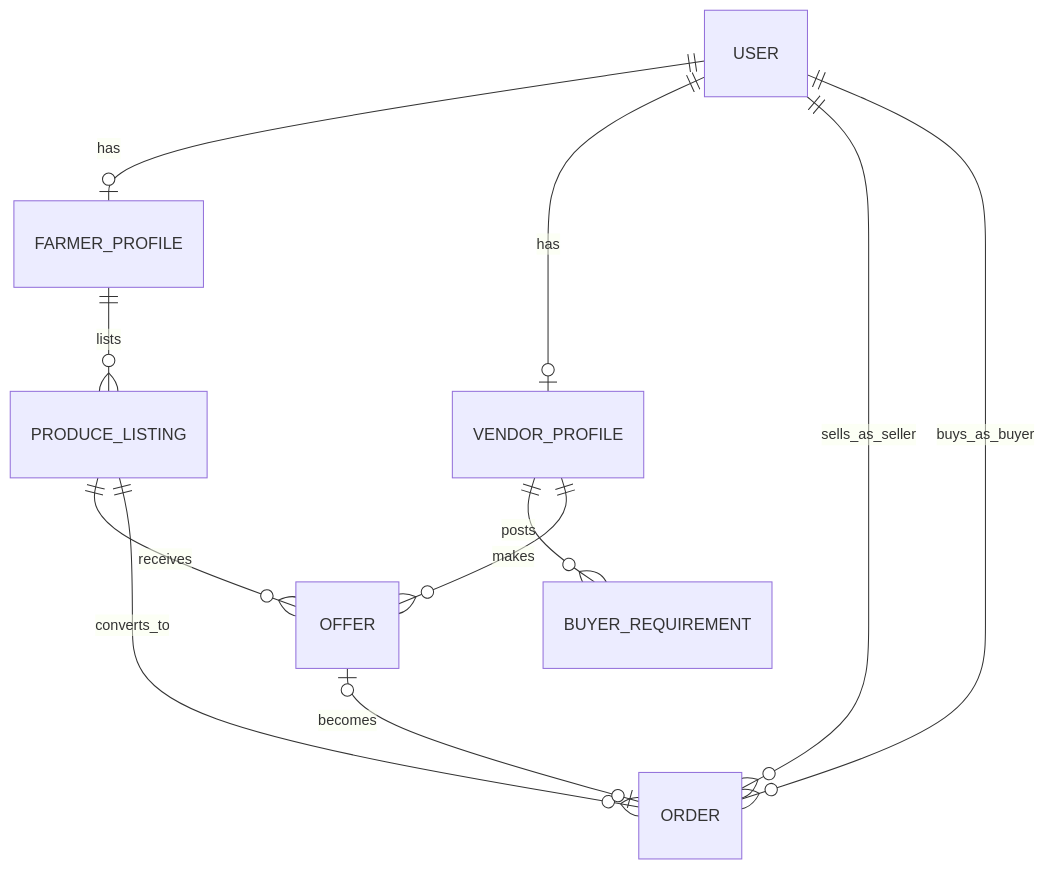
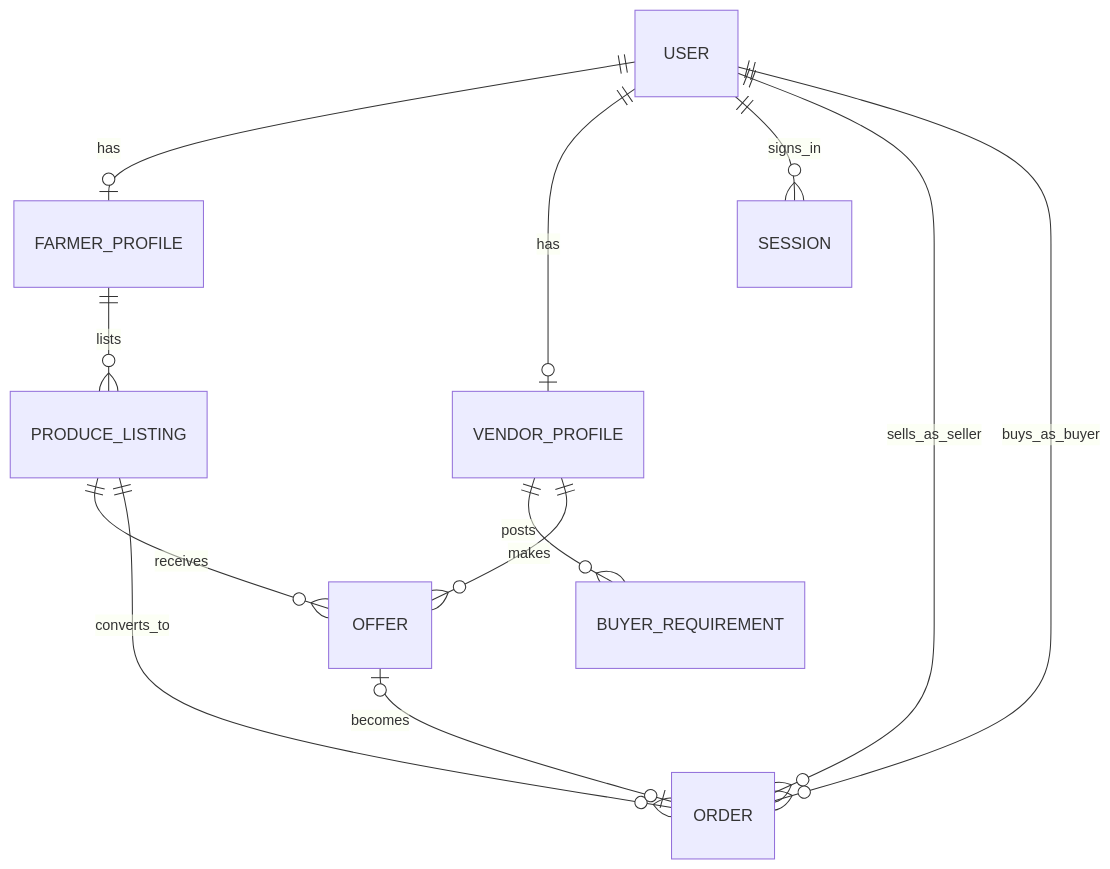
One commit to MohammedAsimGit/Kisan-Vyapar changed the diagram in docs/04-Database-Design/database-design.md. Above: the diagram before and after it, drawn with Mermaid. The commit also changed other lines of this file and 7 other files, not shown here.

Commit message:
docs: document sprint 1 authentication architecture

````diff
--- a/docs/04-Database-Design/database-design.md
+++ b/docs/04-Database-Design/database-design.md
@@ -27,13 +27,14 @@
 ```mermaid
 erDiagram
     USER ||--o| FARMER_PROFILE : has
     USER ||--o| VENDOR_PROFILE : has
+    USER ||--o{ SESSION : signs_in
     FARMER_PROFILE ||--o{ PRODUCE_LISTING : lists
     VENDOR_PROFILE ||--o{ BUYER_REQUIREMENT : posts
     VENDOR_PROFILE ||--o{ OFFER : makes
     PRODUCE_LISTING ||--o{ OFFER : receives
     PRODUCE_LISTING ||--o{ ORDER : converts_to
     USER ||--o{ ORDER : sells_as_seller
     USER ||--o{ ORDER : buys_as_buyer
     OFFER |o--o| ORDER : becomes
 ```
````
